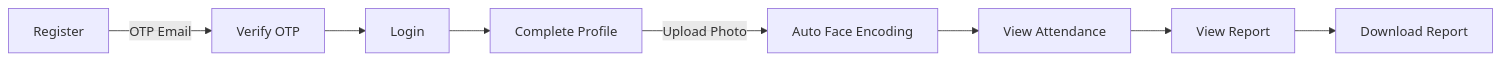
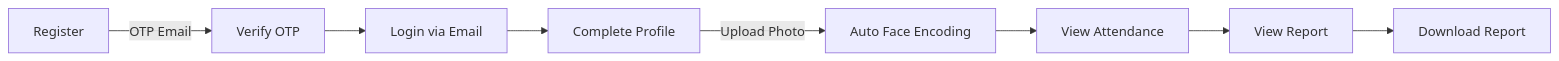
One commit to nensiandani/Face-Recognition-Attendance changed the fourth of 6 diagrams in README.md. Above: the diagram before and after it, drawn with Mermaid. The commit also changed other lines of this file, not shown here.

First line of the commit message:
Update README with new features and architecture

````diff
--- a/README.md
+++ b/README.md
@@ -693,10 +962,10 @@
 ```mermaid
 graph LR
     A[Register] -->|OTP Email| B[Verify OTP]
-    B --> C[Login]
+    B --> C[Login via Email]
     C --> D[Complete Profile]
     D -->|Upload Photo| E[Auto Face Encoding]
     E --> F[View Attendance]
     F --> G[View Report]
     G --> H[Download Report]
 ```
````
